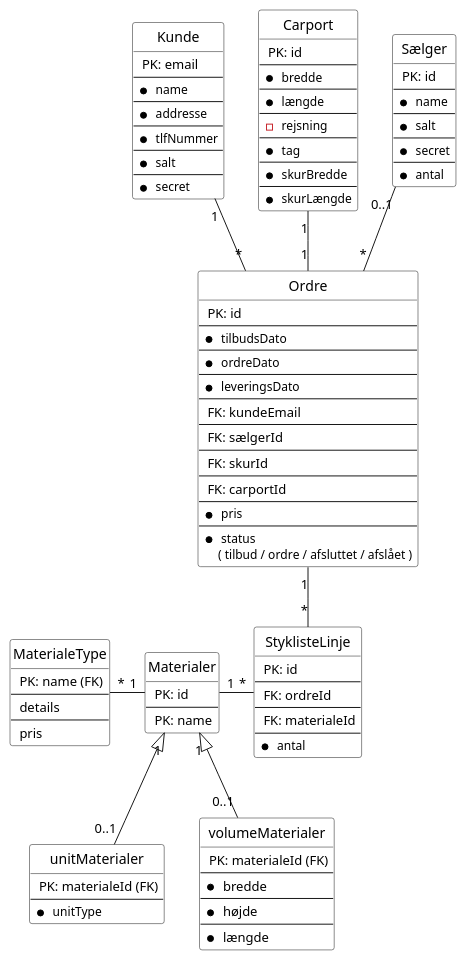
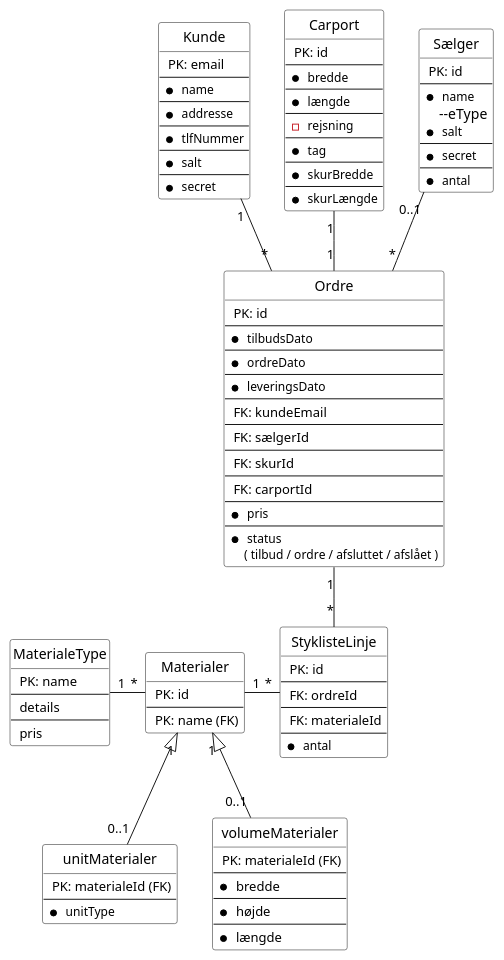
The second of 2 diagrams in src/main/Diagrammer/ER.puml (jensgelbek/Fog), drawn with PlantUML before and after one commit. The commit also changed 4 other files, not shown here.

```diff
--- a/src/main/Diagrammer/ER.puml
+++ b/src/main/Diagrammer/ER.puml
@@ -104,125 +104,125 @@
 @startuml
 
 skinparam wrapWidth 300
 
 hide circle
 hide empty members
 
 entity Kunde #White {
    <size:13> PK: email
    --
    * <size:12> name
    --
    * <size:12> addresse
    --
    * <size:12> tlfNummer
    --
    * <size:12> salt
    --
    * <size:12> secret
 }
 
 entity Carport #White {
    <size:13> PK: id
    --
    * <size:12> bredde
    --
    * <size:12> længde
    --
    - <size:12> rejsning
    --
    * <size:12> tag
    --
    * <size:12> skurBredde
    --
    * <size:12> skurLængde
 }
 
 
 entity Ordre  #White {
    <size:13> PK: id
    --
    * <size:12> tilbudsDato
    --
    * <size:12> ordreDato
    --
    * <size:12> leveringsDato
    --
    <size:13> FK: kundeEmail
    --
    <size:13> FK: sælgerId
    --
    <size:13> FK: skurId
    --
    <size:13> FK: carportId
    --
    * <size:12> pris
    --
    * <size:12> status
     <size:12>( tilbud / ordre / afsluttet / afslået )
 }
 
 entity unitMaterialer #White {
    <size:13> PK: materialeId (FK)
    --
    * <size:12> unitType
 }
 
 entity volumeMaterialer #White {
    <size:13> PK: materialeId (FK)
    --
    * <size:13> bredde
    --
    * <size:13> højde
    --
    * <size:13> længde
 }
 
 entity Materialer #White {
    <size:13> PK: id
    --
-   <size:13> PK: name
+   <size:13> PK: name (FK)
  }
 
 entity MaterialeType #White {
- <size:13> PK: name (FK)
+ <size:13> PK: name
  --
  <size:13> details
  --
  <size:13> pris
 }
 
 entity StyklisteLinje #White {
    <size:13> PK: id
    --
   <size:13> FK: ordreId
    --
    <size:13> FK: materialeId
    --
    * <size:12> antal
 }
 
 entity Sælger #White {
    <size:13> PK: id
    --
    * <size:12> name
-   --
+   --eType
    * <size:12> salt
    --
    * <size:12> secret
    --
    * <size:12> antal
 }
 
 
 
 
 Kunde "1" -- "*" Ordre
 Sælger "0..1" -- "*" Ordre
 Carport "1" -- "1" Ordre
 Ordre "1" -- "*" StyklisteLinje
 Materialer "1" - "*" StyklisteLinje
 Materialer "1" <|-- "0..1" volumeMaterialer
 Materialer "1" <|-- "0..1" unitMaterialer
-MaterialeType "*" - "1" Materialer
+MaterialeType "1" - "*" Materialer
 @enduml
```
